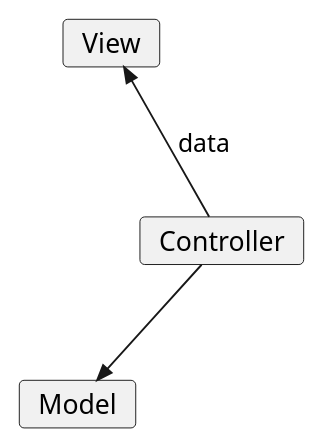
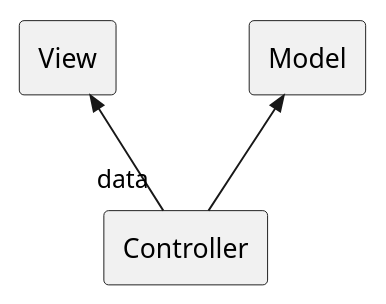
The first of 4 diagrams in CodeSpitz/Object-Oriented-Javascript/MVVM/README.md (JunilHwang/TIL), drawn with PlantUML before and after one commit. The commit also changed other lines of this file and 1 other file, not shown here.

```diff
--- a/CodeSpitz/Object-Oriented-Javascript/MVVM/README.md
+++ b/CodeSpitz/Object-Oriented-Javascript/MVVM/README.md
@@ -20,9 +20,9 @@
 @startuml
-card View
-card Model
-card Controller
+rectangle View
+rectangle Model
+rectangle Controller
 
-View -[hidden] Model
-Controller -->> Model
-View <<-- Controller : data
+View -[hidden] Model : "          "
+Model <<-- Controller 
+View <<-- "data" Controller
 @enduml
```
